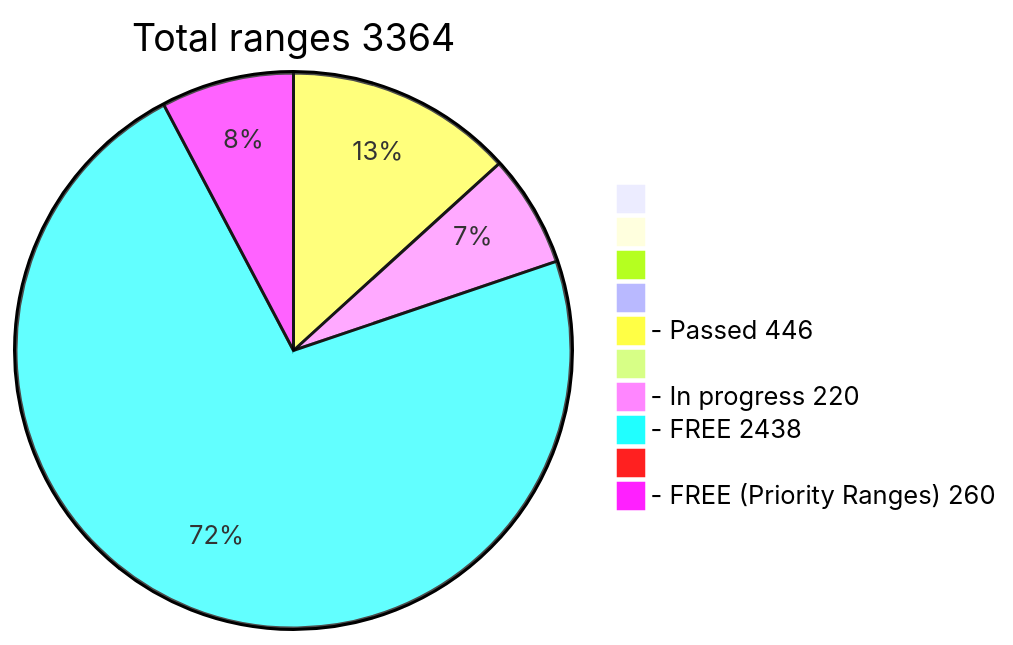
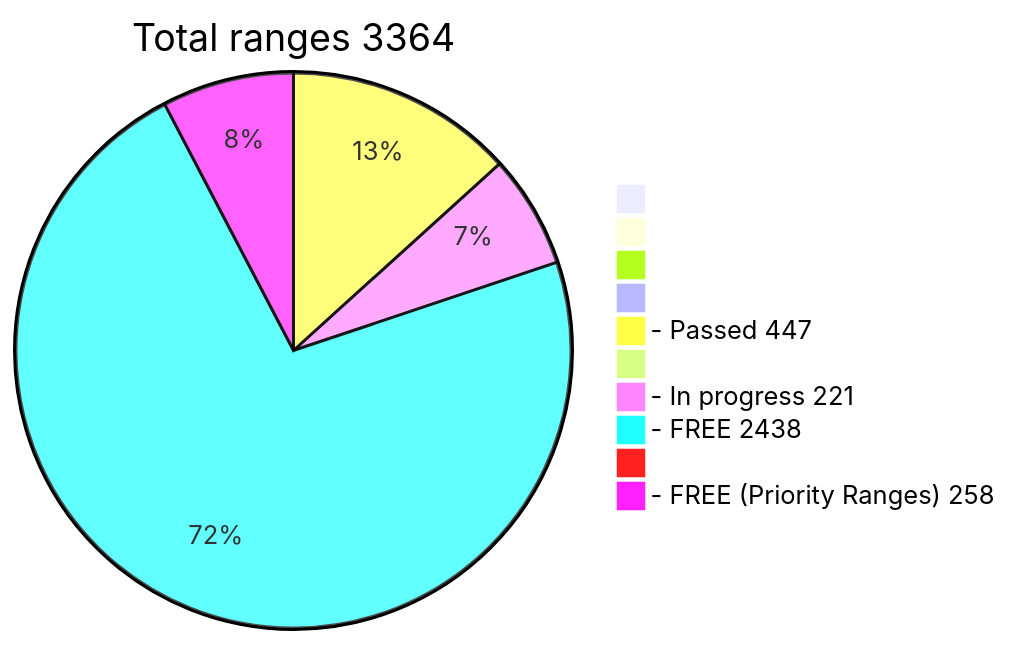
One commit to phrutis/wif500 changed the diagram in README.md. Above: the diagram before and after it, drawn with Mermaid.

````diff
--- a/README.md
+++ b/README.md
@@ -16,13 +16,13 @@
 ```mermaid
 pie title Total ranges 3364
              " " : 0
             "  " : 0
            "   " : 0
           "    " : 0
-  "- Passed 446" : 446
+  "- Passed 447" : 447
          "     " : 0
-  "- In progress 220" : 220
+  "- In progress 221" : 221
    "- FREE 2438" : 2438
         "      " : 0
-  "- FREE (Priority Ranges) 260" : 260
+  "- FREE (Priority Ranges) 258" : 258
 ```
````
